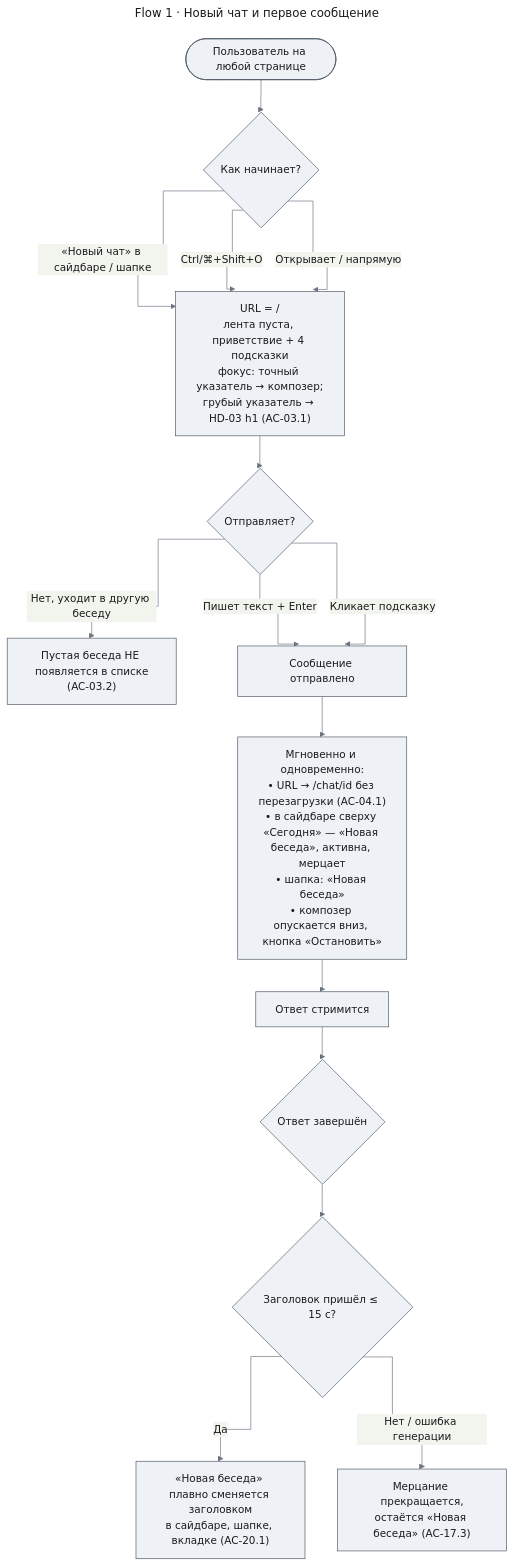
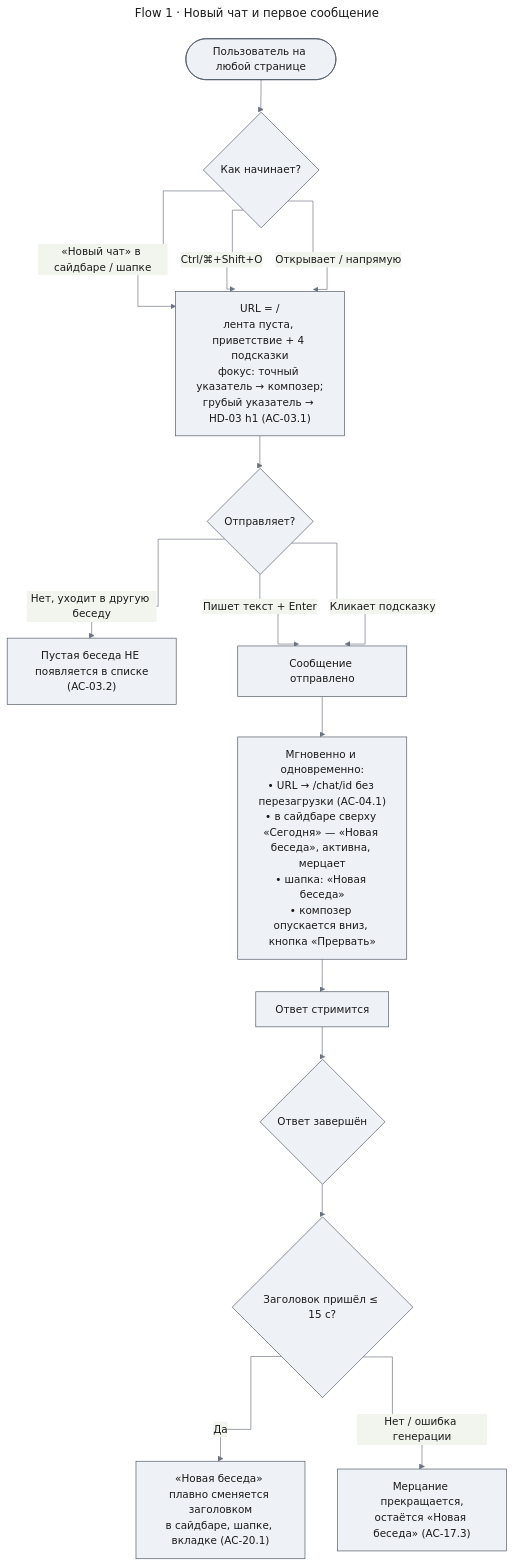
The sixth of 14 diagrams in docs/features/chat-shell/uxrd.md (tundraray/agent-os), drawn with Mermaid before and after one commit. The commit also changed other lines of this file and 1225 other files, not shown here.

````diff
--- a/docs/features/chat-shell/uxrd.md
+++ b/docs/features/chat-shell/uxrd.md
@@ -611,30 +603,30 @@
 ```mermaid
 ---
 title: "Flow 1 · Новый чат и первое сообщение"
 config:
   theme: base
   look: classic
   themeVariables:
     primaryColor: "#eef1f5"
     primaryBorderColor: "#4b5563"
     primaryTextColor: "#1a1a1a"
     lineColor: "#6b7280"
   flowchart:
     curve: step
 ---
 flowchart TD
     A([Пользователь на любой странице]) --> B{Как начинает?}
     B -->|"«Новый чат» в сайдбаре / шапке"| C["URL = /<br/>лента пуста, приветствие + 4 подсказки<br/>фокус: точный указатель → композер;<br/>грубый указатель → HD-03 h1 (AC-03.1)"]
     B -->|Ctrl/⌘+Shift+O| C
     B -->|Открывает / напрямую| C
     C --> D{Отправляет?}
     D -->|Нет, уходит в другую беседу| E["Пустая беседа НЕ появляется в списке<br/>(AC-03.2)"]
     D -->|Пишет текст + Enter| F
     D -->|Кликает подсказку| F["Сообщение отправлено"]
-    F --> G["Мгновенно и одновременно:<br/>• URL → /chat/id без перезагрузки (AC-04.1)<br/>• в сайдбаре сверху «Сегодня» — «Новая беседа», активна, мерцает<br/>• шапка: «Новая беседа»<br/>• композер опускается вниз, кнопка «Остановить»"]
+    F --> G["Мгновенно и одновременно:<br/>• URL → /chat/id без перезагрузки (AC-04.1)<br/>• в сайдбаре сверху «Сегодня» — «Новая беседа», активна, мерцает<br/>• шапка: «Новая беседа»<br/>• композер опускается вниз, кнопка «Прервать»"]
     G --> H[Ответ стримится]
     H --> I{Ответ завершён}
     I --> J{Заголовок пришёл ≤ 15 с?}
     J -->|Да| K["«Новая беседа» плавно сменяется заголовком<br/>в сайдбаре, шапке, вкладке (AC-20.1)"]
     J -->|Нет / ошибка генерации| L["Мерцание прекращается,<br/>остаётся «Новая беседа» (AC-17.3)"]
 ```
````
